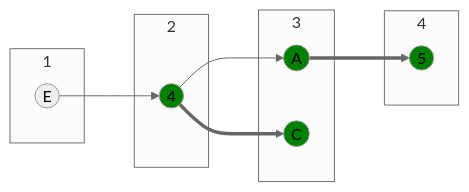
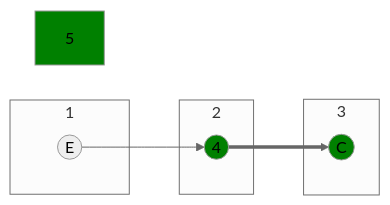
Before and after one commit to algos-ris-24-3/manual-tasks: the second of 12 diagrams in Задание 8/girls.md, drawn with Mermaid (neutral theme).

Commit message:
girls.md

````diff
--- a/Задание 8/girls.md
+++ b/Задание 8/girls.md
@@ -74,23 +74,18 @@
 ```mermaid
 graph LR
     subgraph " 1 "
         E((E))
     end
     subgraph " 2 "
         4((4))
     end
     subgraph " 3 "
-        A((A))
         C((C))
     end
-    subgraph " 4 "
-        5((5))
-    end
-    E --> 4 --> A ==> 5
-    4 ==> C
+    
+    E --> 4 ==> C
     
     style 4 fill:#008000
     style C fill:#008000
-    style A fill:#008000
     style 5 fill:#008000
 ```
````
